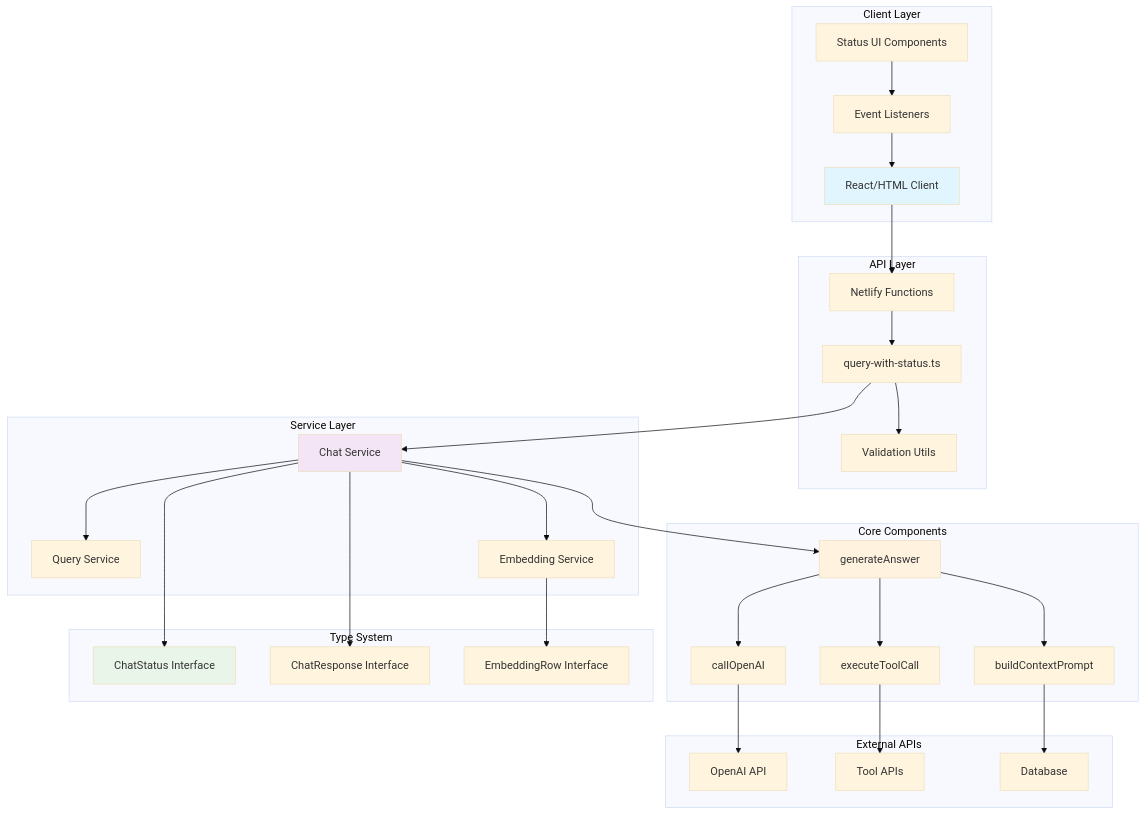
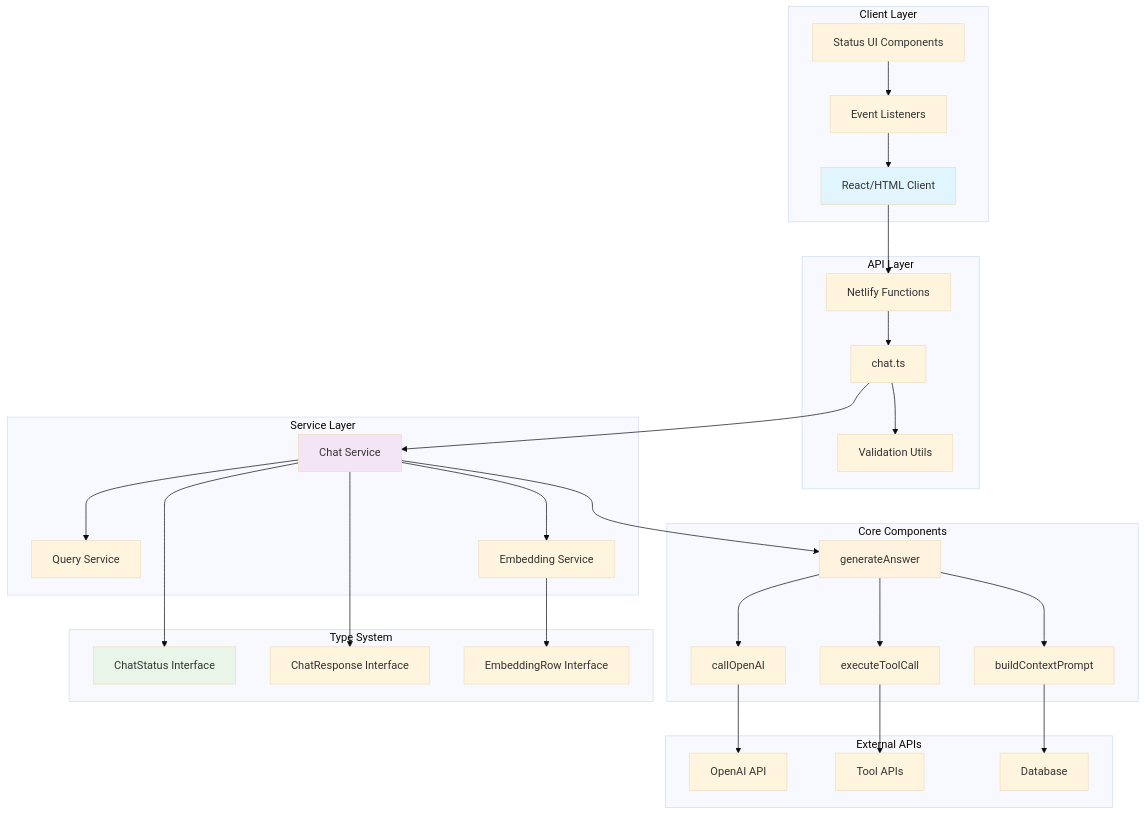
The first of 3 diagrams in docs/architecture-overview.md (rlynjb/adventurecue), drawn with Mermaid (base theme) before and after one commit. The commit also changed 11 other files, not shown here.

````diff
--- a/docs/architecture-overview.md
+++ b/docs/architecture-overview.md
@@ -5,64 +5,64 @@
 ```mermaid
 graph TB
     subgraph "Client Layer"
         A[React/HTML Client]
         B[Status UI Components]
         C[Event Listeners]
     end
 
     subgraph "API Layer"
         D[Netlify Functions]
-        E[query-with-status.ts]
+        E[chat.ts]
         F[Validation Utils]
     end
 
     subgraph "Service Layer"
         G[Chat Service]
         H[Query Service]
         I[Embedding Service]
     end
 
     subgraph "Core Components"
         J[generateAnswer]
         K[executeToolCall]
         L[callOpenAI]
         M[buildContextPrompt]
     end
 
     subgraph "External APIs"
         N[OpenAI API]
         O[Tool APIs]
         P[Database]
     end
 
     subgraph "Type System"
         Q[ChatStatus Interface]
         R[ChatResponse Interface]
         S[EmbeddingRow Interface]
     end
 
     A --> D
     B --> C
     C --> A
     D --> E
     E --> F
     E --> G
     G --> H
     G --> I
     G --> J
     J --> K
     J --> L
     J --> M
     K --> O
     L --> N
     M --> P
 
     G --> Q
     G --> R
     I --> S
 
     style A fill:#e1f5fe
     style G fill:#f3e5f5
     style J fill:#fff3e0
     style Q fill:#e8f5e8
 ```
````
